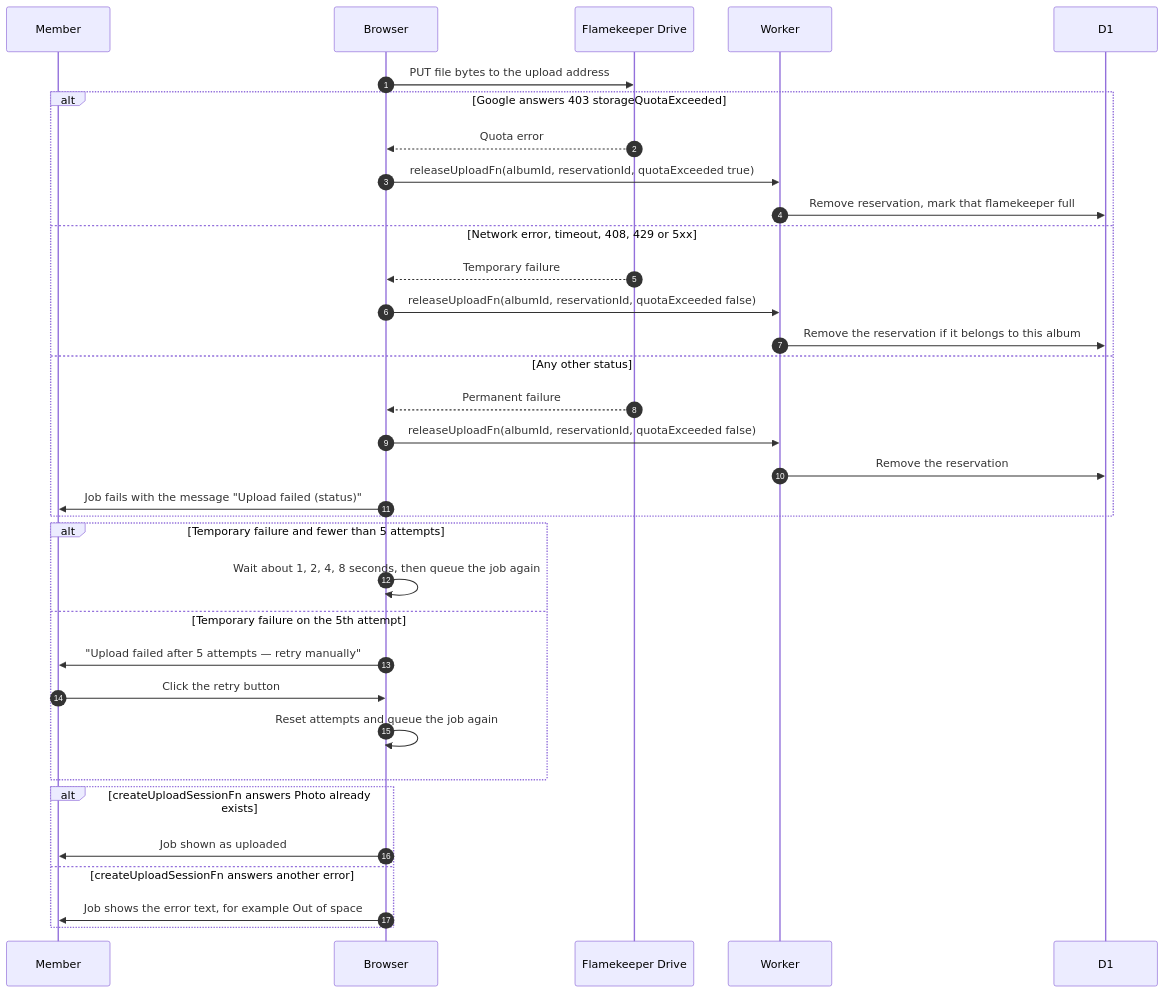
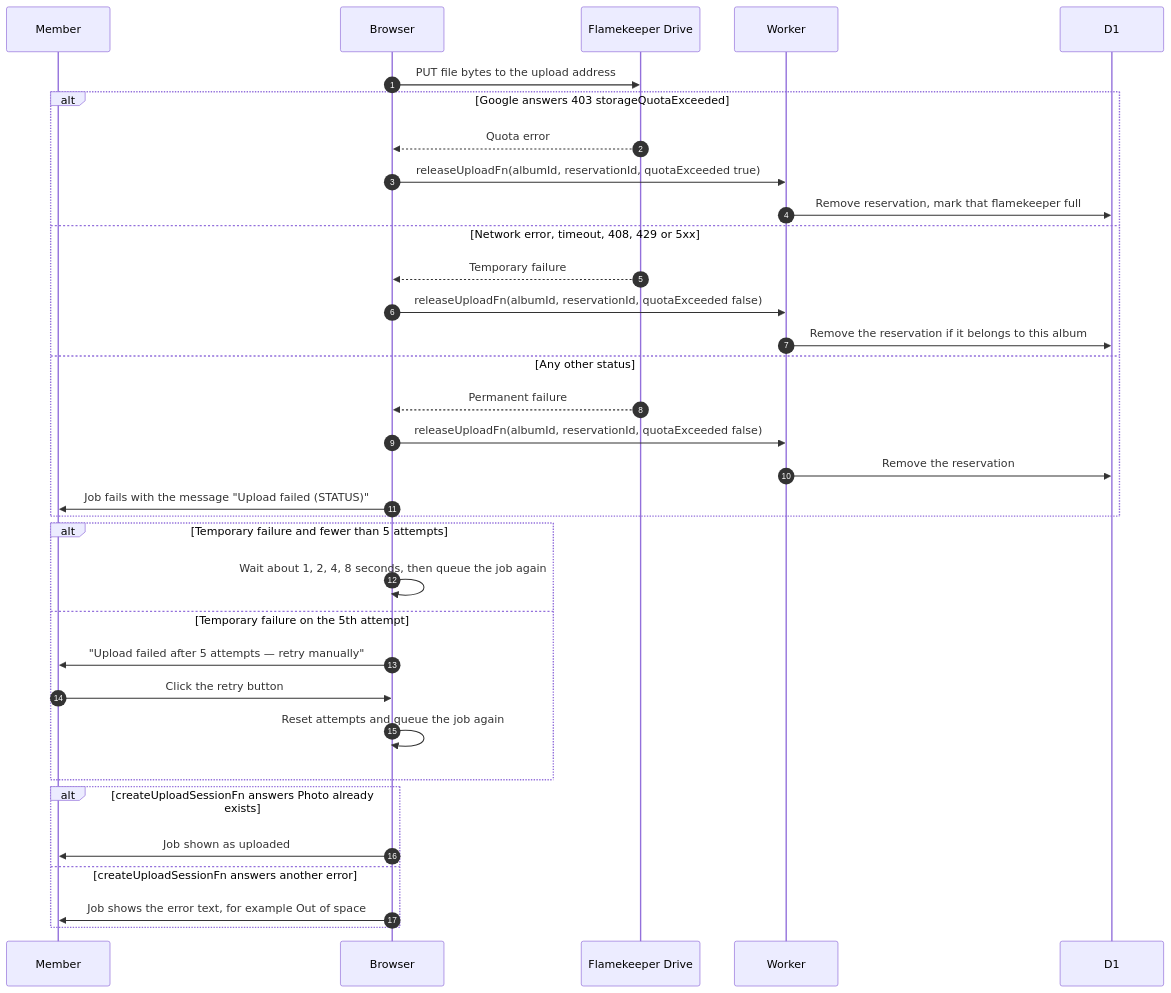
Before and after one commit to sagyzdop/meriksirat: the diagram in docs/scenarios/albums/upload-failures.md, drawn with Mermaid. The commit also changed other lines of this file and 17 other files, not shown here.

Commit message:
docs(scenarios): verify albums diagrams against the code

````diff
--- a/docs/scenarios/albums/upload-failures.md
+++ b/docs/scenarios/albums/upload-failures.md
@@ -14,36 +15,36 @@
 ```mermaid
 sequenceDiagram
     autonumber
     participant M as Member
     participant B as Browser
     participant F as Flamekeeper Drive
     participant W as Worker
     participant D as D1
     B->>F: PUT file bytes to the upload address
     alt Google answers 403 storageQuotaExceeded
         F-->>B: Quota error
         B->>W: releaseUploadFn(albumId, reservationId, quotaExceeded true)
         W->>D: Remove reservation, mark that flamekeeper full
     else Network error, timeout, 408, 429 or 5xx
         F-->>B: Temporary failure
         B->>W: releaseUploadFn(albumId, reservationId, quotaExceeded false)
         W->>D: Remove the reservation if it belongs to this album
     else Any other status
         F-->>B: Permanent failure
         B->>W: releaseUploadFn(albumId, reservationId, quotaExceeded false)
         W->>D: Remove the reservation
-        B->>M: Job fails with the message "Upload failed (status)"
+        B->>M: Job fails with the message "Upload failed (STATUS)"
     end
     alt Temporary failure and fewer than 5 attempts
         B->>B: Wait about 1, 2, 4, 8 seconds, then queue the job again
     else Temporary failure on the 5th attempt
         B->>M: "Upload failed after 5 attempts — retry manually"
         M->>B: Click the retry button
         B->>B: Reset attempts and queue the job again
     end
     alt createUploadSessionFn answers Photo already exists
         B->>M: Job shown as uploaded
     else createUploadSessionFn answers another error
         B->>M: Job shows the error text, for example Out of space
     end
 ```
````
